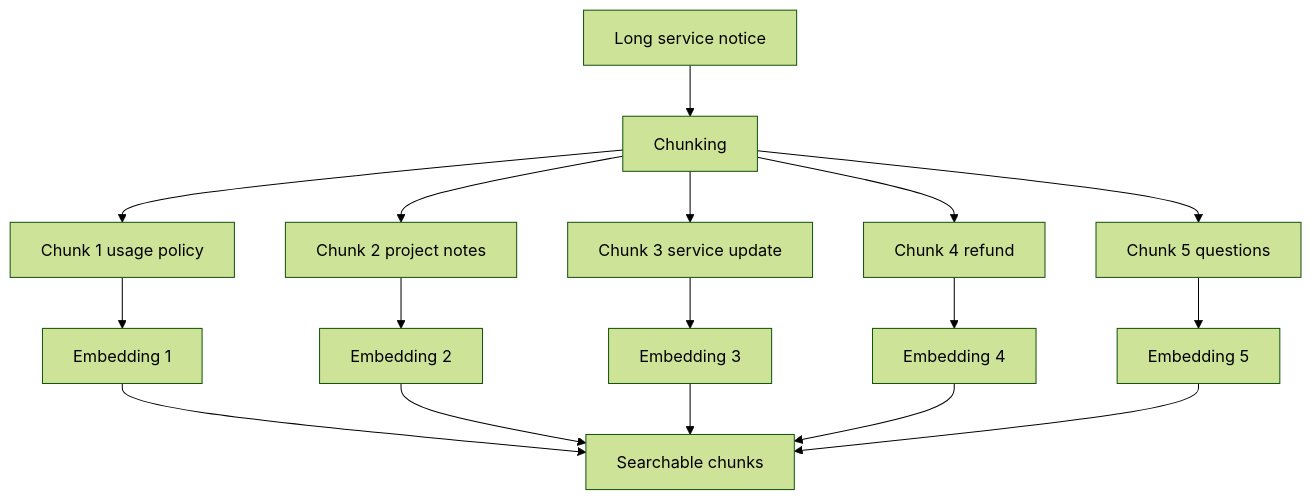
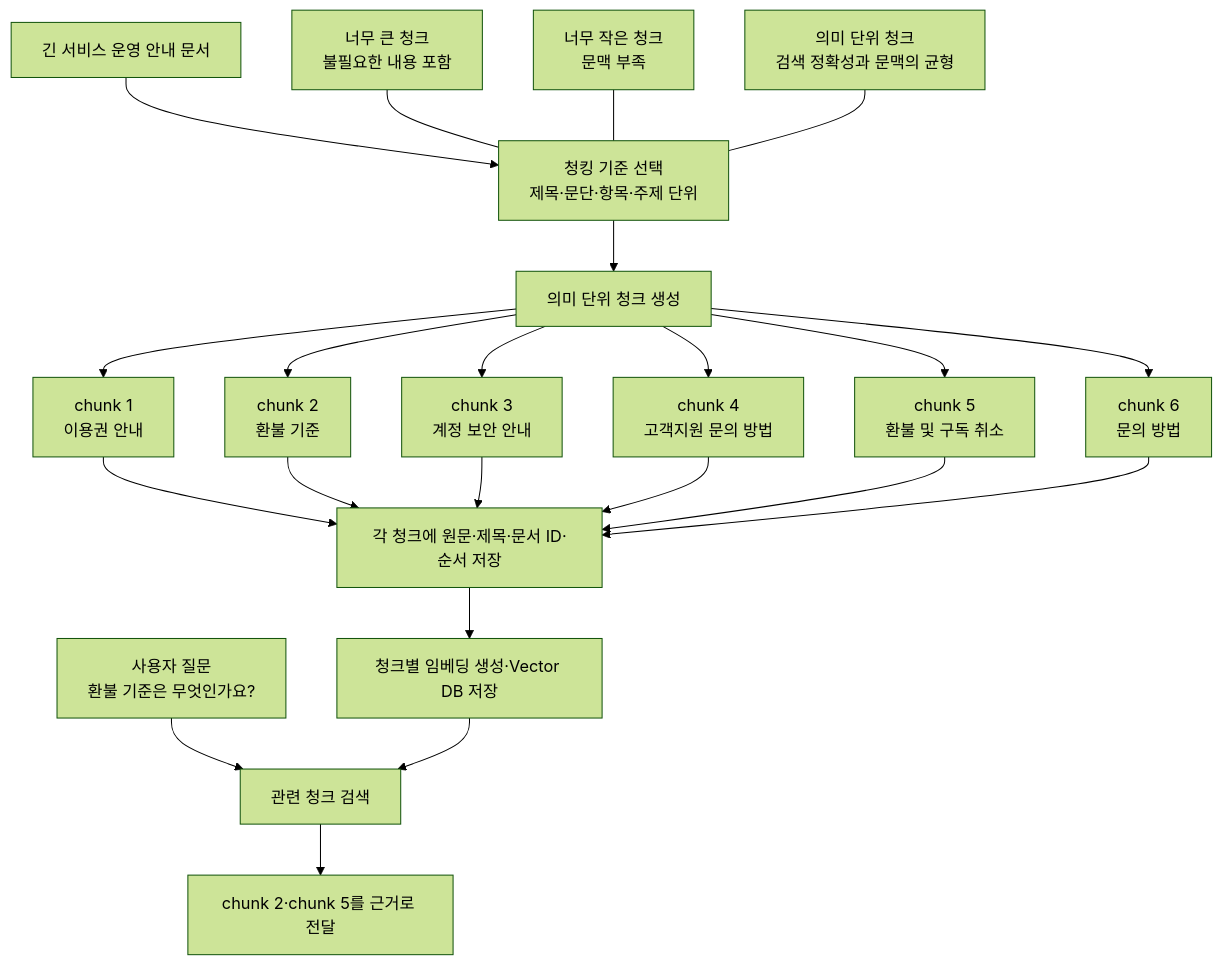
The diagram in images/chapter14/ch14_04_document_chunking.mmd (GilbertMoon/ai-database-book), drawn with Mermaid (forest theme) before and after one commit.

Commit message:
Refine chapter 14 document chunking source

```diff
--- a/images/chapter14/ch14_04_document_chunking.mmd
+++ b/images/chapter14/ch14_04_document_chunking.mmd
@@ -1,19 +1,26 @@
 flowchart TB
-    A[Long service notice] --> B[Chunking]
-    B --> C[Chunk 1 usage policy]
-    B --> D[Chunk 2 project notes]
-    B --> E[Chunk 3 service update]
-    B --> F[Chunk 4 refund]
-    B --> G[Chunk 5 questions]
+    A[긴 서비스 운영 안내 문서] --> B[청킹 기준 선택<br/>제목·문단·항목·주제 단위]
+    B --> C[의미 단위 청크 생성]
 
-    C --> H[Embedding 1]
-    D --> I[Embedding 2]
-    E --> J[Embedding 3]
-    F --> K[Embedding 4]
-    G --> L[Embedding 5]
+    C --> C1[chunk 1<br/>이용권 안내]
+    C --> C2[chunk 2<br/>환불 기준]
+    C --> C3[chunk 3<br/>계정 보안 안내]
+    C --> C4[chunk 4<br/>고객지원 문의 방법]
+    C --> C5[chunk 5<br/>환불 및 구독 취소]
+    C --> C6[chunk 6<br/>문의 방법]
 
-    H --> M[Searchable chunks]
-    I --> M
-    J --> M
-    K --> M
-    L --> M
+    C1 --> D[각 청크에 원문·제목·문서 ID·순서 저장]
+    C2 --> D
+    C3 --> D
+    C4 --> D
+    C5 --> D
+    C6 --> D
+    D --> E[청크별 임베딩 생성·Vector DB 저장]
+
+    Q[사용자 질문<br/>환불 기준은 무엇인가요?] --> R[관련 청크 검색]
+    E --> R
+    R --> S[chunk 2·chunk 5를 근거로 전달]
+
+    L[너무 큰 청크<br/>불필요한 내용 포함] --- B
+    M[너무 작은 청크<br/>문맥 부족] --- B
+    N[의미 단위 청크<br/>검색 정확성과 문맥의 균형] --- B
```
